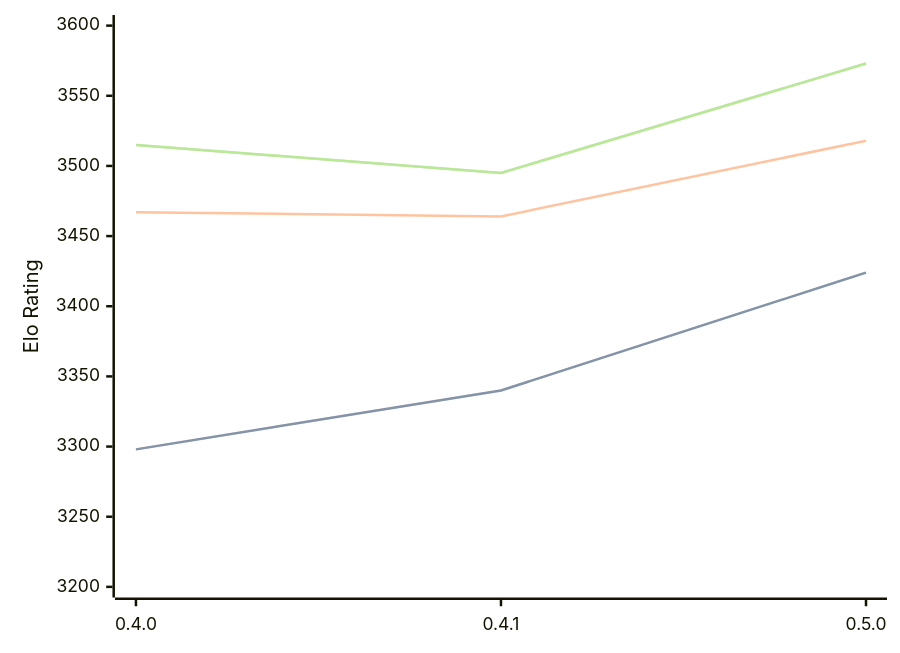
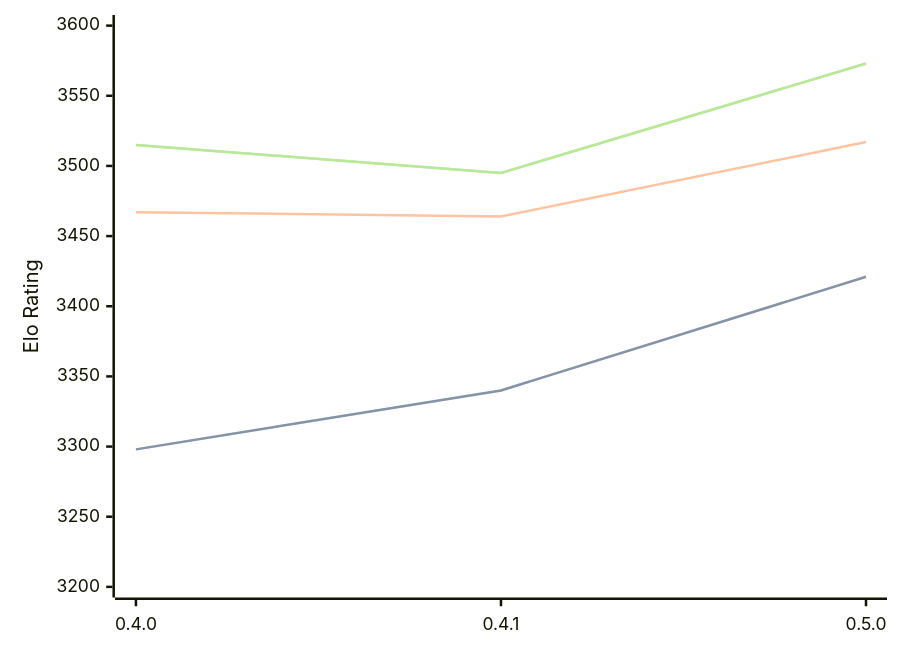
The third of 3 diagrams in engines/Cinder.md (computer-chess-index/cci), drawn with Mermaid before and after one commit. The commit also changed other lines of this file, not shown here.

````diff
--- a/engines/Cinder.md
+++ b/engines/Cinder.md
@@ -75,11 +75,11 @@
 ```mermaid
 %%{init: {"theme":"base","themeVariables":{"seriesColors:['#a3a3a3','#222221','#faa371']}}}%%
 xychart-beta
   x-axis ["0.4.0", "0.4.1", "0.5.0"]
   y-axis "Elo Rating" 3200 --> 3600
-  line "STC (8.0+0.08s)" [3298, 3340, 3424]
-  line "STC (8.0+0.08s)" [3298, 3340, 3424]
-  line "LTC (60.0+0.60s)" [3467, 3464, 3518]
+  line "STC (8.0+0.08s)" [3298, 3340, 3421]
+  line "STC (8.0+0.08s)" [3298, 3340, 3421]
+  line "LTC (60.0+0.60s)" [3467, 3464, 3517]
   line "VLTC (2m24s+1.12s)" [3515, 3495, 3573]
   line "VLTC (2m24s+1.12s)" [3515, 3495, 3573]
 ```
````
